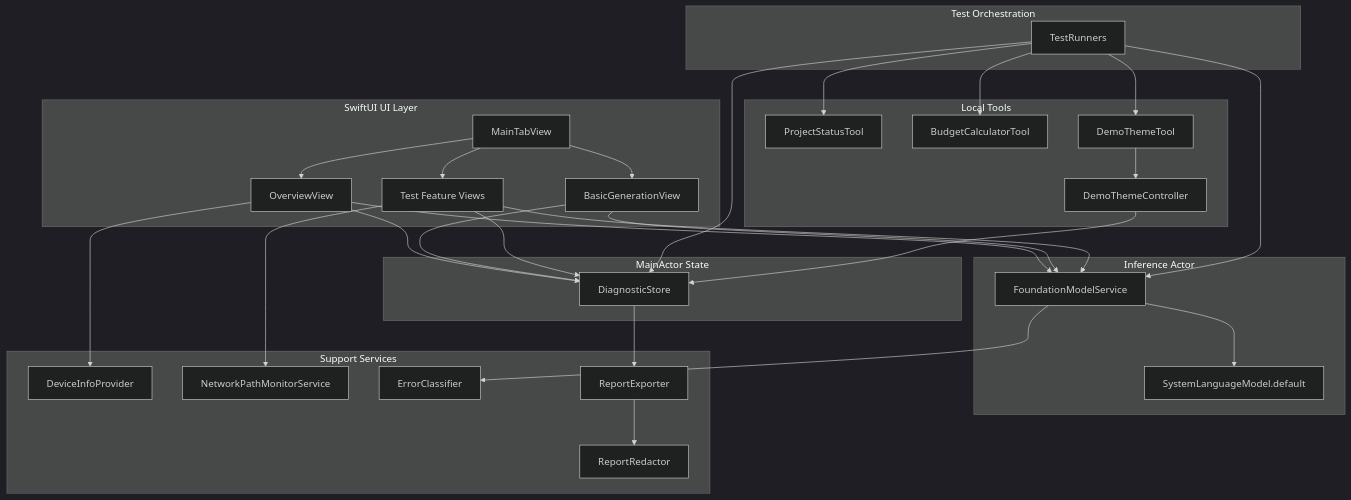
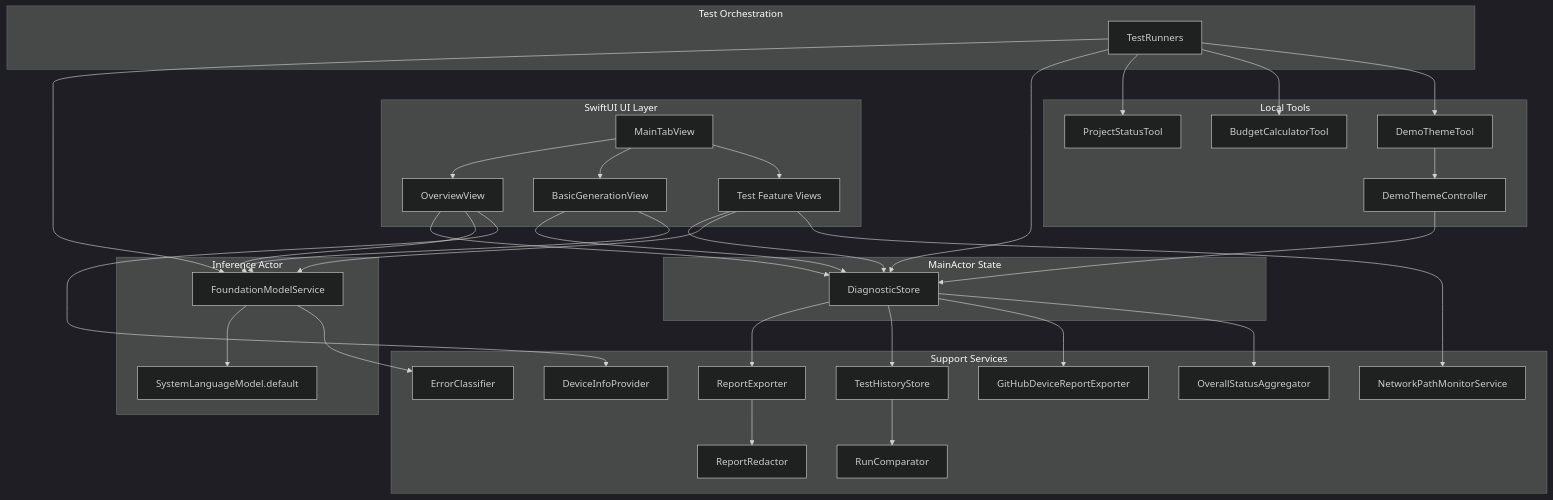
The diagram in docs/ARCHITECTURE.md (bobbanj/AFM3Tester), drawn with Mermaid (dark theme) before and after one commit. The commit also changed other lines of this file and 2088 other files, not shown here.

````diff
--- a/docs/ARCHITECTURE.md
+++ b/docs/ARCHITECTURE.md
@@ -7,52 +7,60 @@
 ```mermaid
 flowchart TB
     subgraph UI["SwiftUI UI Layer"]
         MT[MainTabView]
         OV[OverviewView]
         BG[BasicGenerationView]
         TF[Test Feature Views]
     end
 
     subgraph State["MainActor State"]
         DS[DiagnosticStore]
     end
 
     subgraph Inference["Inference Actor"]
         FMS[FoundationModelService]
         SLM[SystemLanguageModel.default]
     end
 
     subgraph Tests["Test Orchestration"]
         TR[TestRunners]
     end
 
     subgraph Tools["Local Tools"]
         PST[ProjectStatusTool]
         BCT[BudgetCalculatorTool]
         DTT[DemoThemeTool]
         DTC[DemoThemeController]
     end
 
     subgraph Support["Support Services"]
         EIP[DeviceInfoProvider]
         NPM[NetworkPathMonitorService]
         EC[ErrorClassifier]
         RE[ReportExporter]
         RR[ReportRedactor]
+        TH[TestHistoryStore]
+        RC[RunComparator]
+        GR[GitHubDeviceReportExporter]
+        OSA[OverallStatusAggregator]
     end
 
     MT --> OV & BG & TF
     OV & BG & TF --> DS
     OV & BG & TF --> FMS
     TR --> FMS
     TR --> DS
     FMS --> SLM
     TR --> PST & BCT & DTT
     DTT --> DTC
     DTC --> DS
     FMS --> EC
     DS --> RE
     RE --> RR
+    DS --> TH
+    TH --> RC
+    DS --> GR
+    DS --> OSA
     TF --> NPM
     OV --> EIP
 ```
````
